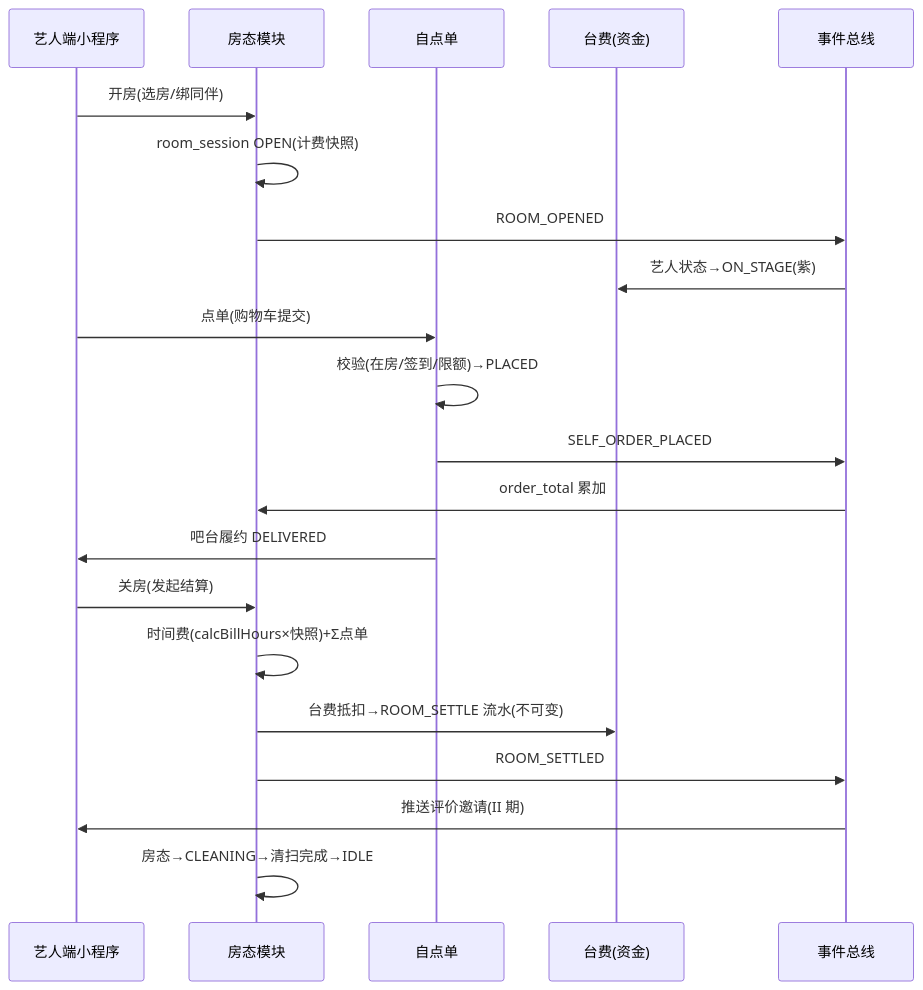
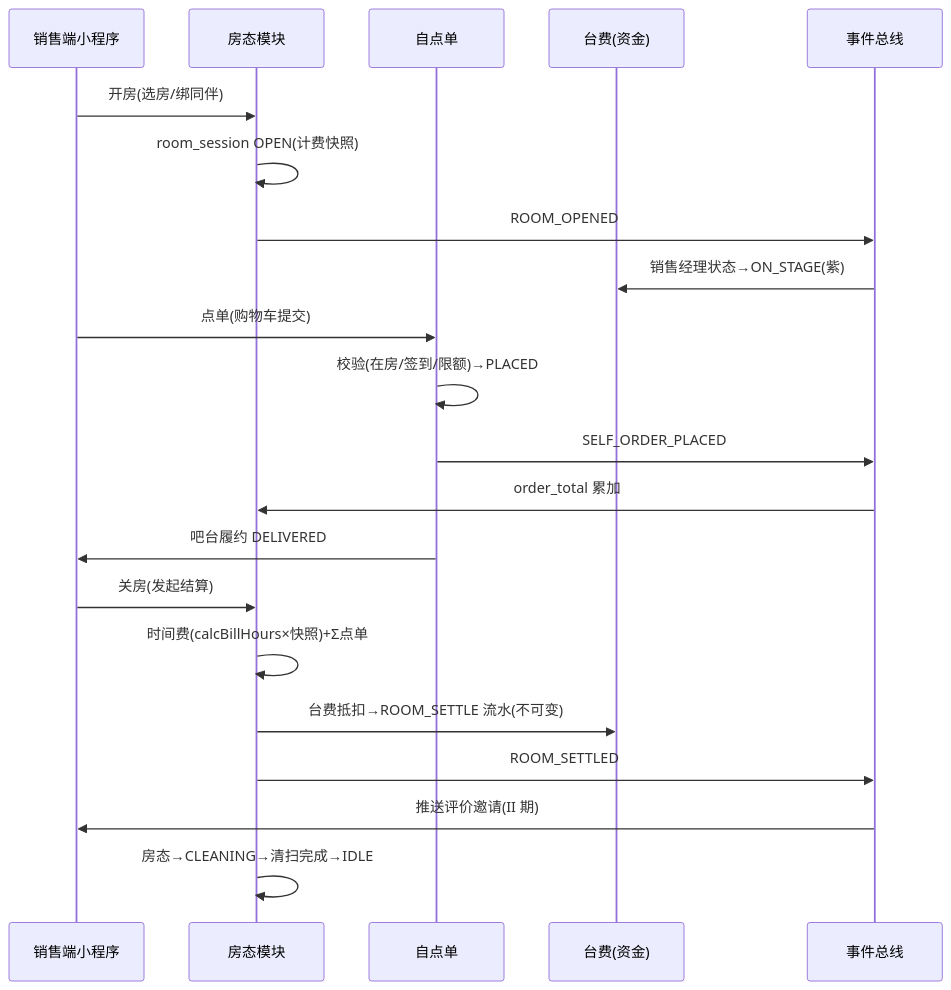
The diagram in docs/YYC3-LeisureManage-项目规划/14-艺人模块融合与数据互通-设计指导.md (YYC-Cube/YYC3-LeisureManage), drawn with Mermaid before and after one commit. The commit also changed other lines of this file and 113 other files, not shown here.

````diff
--- a/docs/YYC3-LeisureManage-项目规划/14-艺人模块融合与数据互通-设计指导.md
+++ b/docs/YYC3-LeisureManage-项目规划/14-艺人模块融合与数据互通-设计指导.md
@@ -84,24 +84,24 @@
 ```mermaid
 sequenceDiagram
-  participant A as 艺人端小程序
+  participant A as 销售端小程序
   participant R as 房态模块
   participant O as 自点单
   participant F as 台费(资金)
   participant E as 事件总线
 
   A->>R: 开房(选房/绑同伴)
   R->>R: room_session OPEN(计费快照)
   R->>E: ROOM_OPENED
-  E->>F: 艺人状态→ON_STAGE(紫)
+  E->>F: 销售经理状态→ON_STAGE(紫)
   A->>O: 点单(购物车提交)
   O->>O: 校验(在房/签到/限额)→PLACED
   O->>E: SELF_ORDER_PLACED
   E->>R: order_total 累加
   O->>A: 吧台履约 DELIVERED
   A->>R: 关房(发起结算)
   R->>R: 时间费(calcBillHours×快照)+Σ点单
   R->>F: 台费抵扣→ROOM_SETTLE 流水(不可变)
   R->>E: ROOM_SETTLED
   E->>A: 推送评价邀请(II 期)
   R->>R: 房态→CLEANING→清扫完成→IDLE
 ```
````
